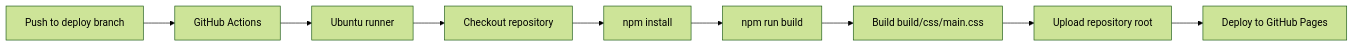
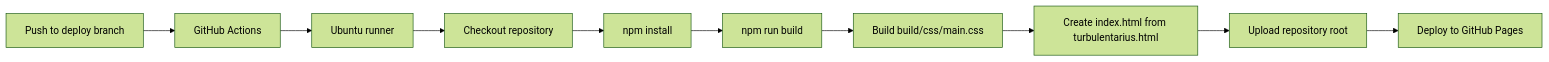
Before and after one commit to Turbulentarius/turbulentarius-personal: the diagram in README.md, drawn with Mermaid (forest theme). The commit also changed other lines of this file and 2 other files, not shown here.

Commit message:
Fix Pages entry point for deployment

````diff
--- a/README.md
+++ b/README.md
@@ -19,11 +19,12 @@
 ```mermaid
 flowchart LR
     A[Push to deploy branch] --> B[GitHub Actions]
     B --> C[Ubuntu runner]
     C --> D[Checkout repository]
     D --> E[npm install]
     E --> F[npm run build]
     F --> G[Build build/css/main.css]
-    G --> H[Upload repository root]
-    H --> I[Deploy to GitHub Pages]
+    G --> H[Create index.html from turbulentarius.html]
+    H --> I[Upload repository root]
+    I --> J[Deploy to GitHub Pages]
 ```
````
